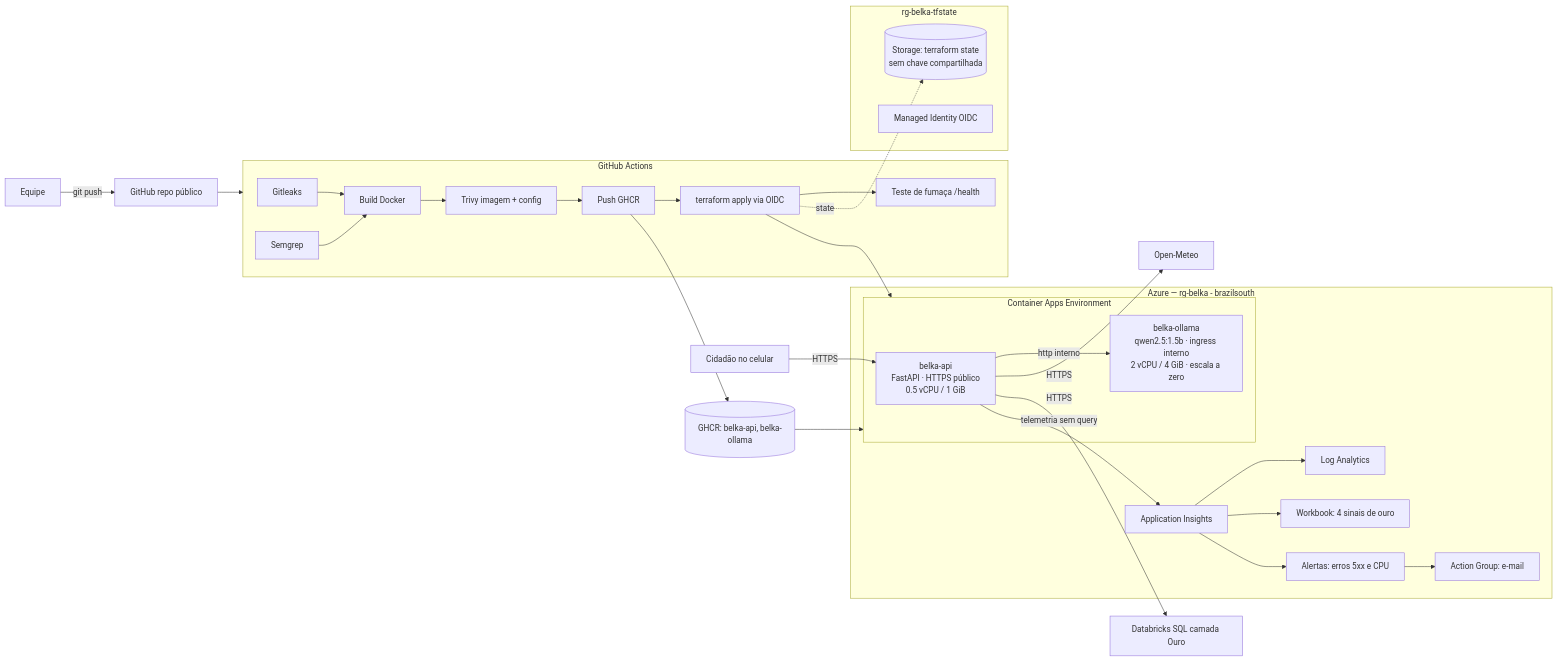
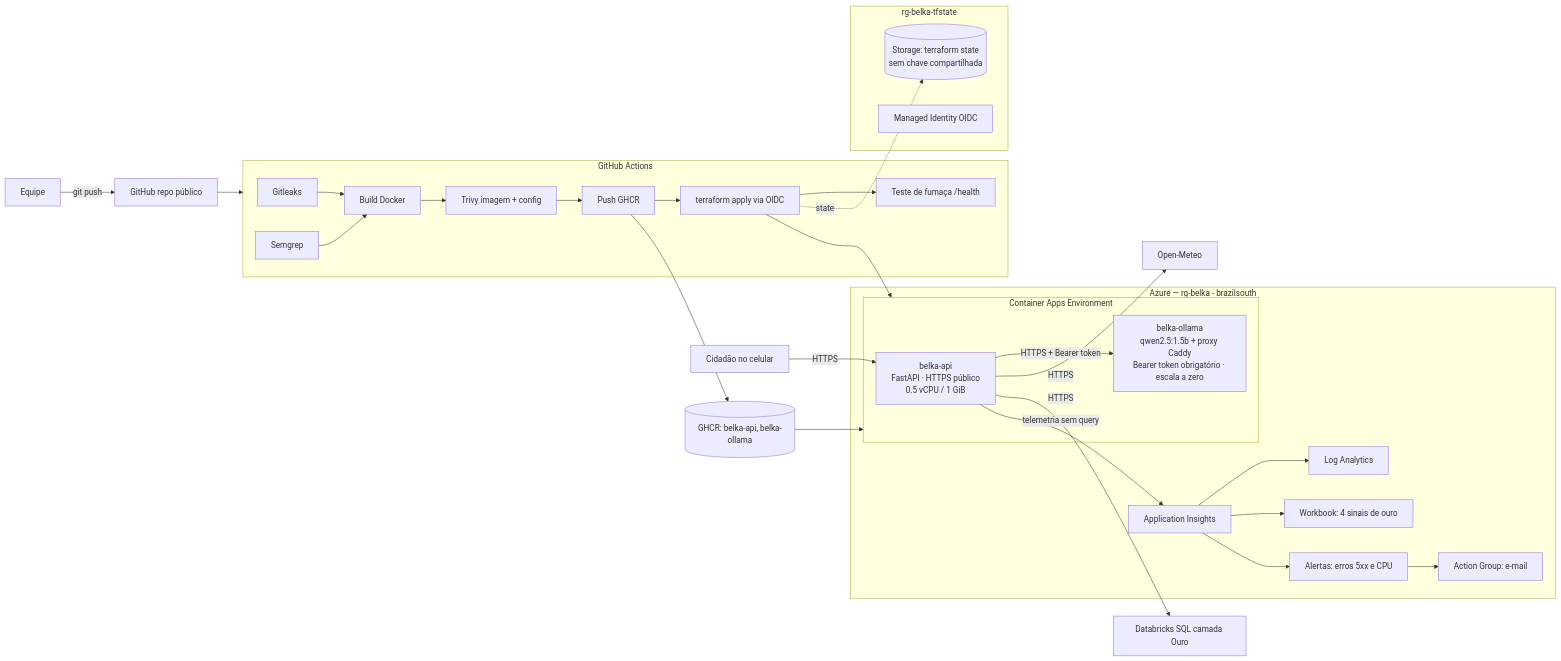
The diagram in docs/ENTREGA-CLOUD.md (Th3PL/belka-app-mvp), drawn with Mermaid before and after one commit. The commit also changed other lines of this file and 19 other files, not shown here.

First line of the commit message:
feat: LLM atrás de proxy com token (Container Apps Express)

````diff
--- a/docs/ENTREGA-CLOUD.md
+++ b/docs/ENTREGA-CLOUD.md
@@ -7,40 +7,40 @@
 ```mermaid
 flowchart LR
   dev[Equipe] -- git push --> gh[GitHub repo público]
   subgraph GA[GitHub Actions]
     gl[Gitleaks] --> b[Build Docker]
     sg[Semgrep] --> b
     b --> tv[Trivy imagem + config]
     tv --> push[Push GHCR]
     push --> tf[terraform apply via OIDC]
     tf --> smoke[Teste de fumaça /health]
   end
   gh --> GA
   push --> ghcr[(GHCR: belka-api, belka-ollama)]
 
   subgraph AZ[Azure — rg-belka - brazilsouth]
     subgraph CAE[Container Apps Environment]
       api[belka-api<br/>FastAPI · HTTPS público<br/>0.5 vCPU / 1 GiB]
-      llm[belka-ollama<br/>qwen2.5:1.5b · ingress interno<br/>2 vCPU / 4 GiB · escala a zero]
+      llm[belka-ollama<br/>qwen2.5:1.5b + proxy Caddy<br/>Bearer token obrigatório · escala a zero]
     end
     appi[Application Insights]
     law[Log Analytics]
     wb[Workbook: 4 sinais de ouro]
     al[Alertas: erros 5xx e CPU] --> ag[Action Group: e-mail]
   end
   subgraph ST[rg-belka-tfstate]
     sa[(Storage: terraform state<br/>sem chave compartilhada)]
     id[Managed Identity OIDC]
   end
 
   tf --> CAE
   tf -.state.-> sa
   ghcr --> CAE
   cid[Cidadão no celular] -- HTTPS --> api
-  api -- http interno --> llm
+  api -- HTTPS + Bearer token --> llm
   api -- HTTPS --> om[Open-Meteo]
   api -- HTTPS --> dbx[Databricks SQL camada Ouro]
   api -- telemetria sem query --> appi --> law
   appi --> wb
   appi --> al
 ```
````
